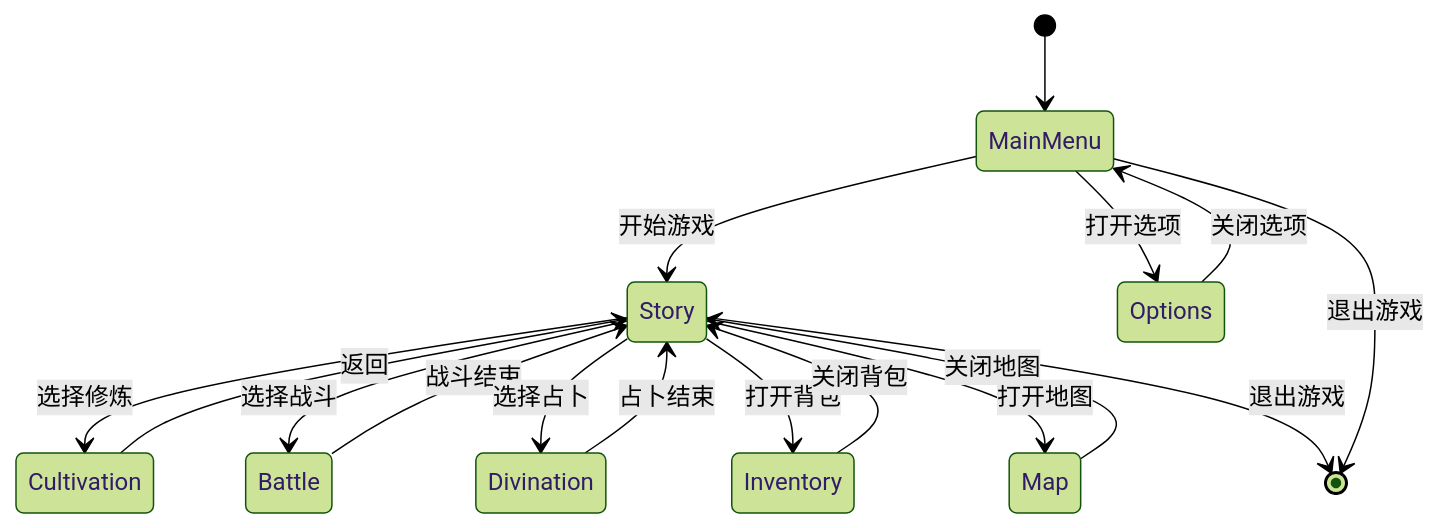
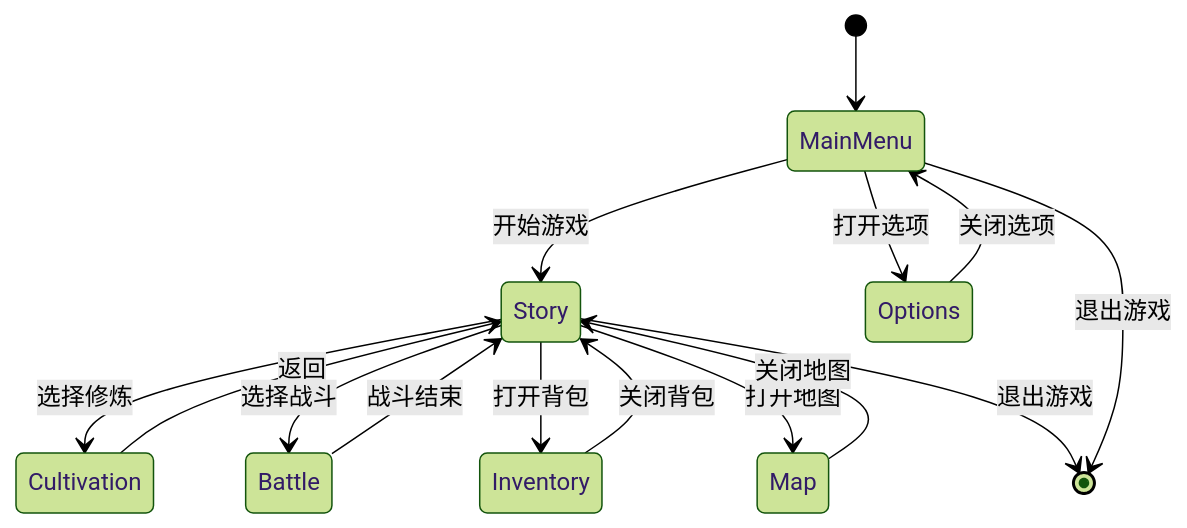
One commit to Trigger11/godot-game changed the fifth of 7 diagrams in 游戏流程图.md. Above: the diagram before and after it, drawn with Mermaid (forest theme). The commit also changed other lines of this file and 27 other files, not shown here.

````diff
--- a/游戏流程图.md
+++ b/游戏流程图.md
@@ -154,26 +113,23 @@
 ```mermaid
 stateDiagram-v2
     [*] --> MainMenu
     MainMenu --> Story: 开始游戏
     
     Story --> Cultivation: 选择修炼
     Cultivation --> Story: 返回
     
     Story --> Battle: 选择战斗
     Battle --> Story: 战斗结束
-    
-    Story --> Divination: 选择占卜
-    Divination --> Story: 占卜结束
     
     Story --> Inventory: 打开背包
     Inventory --> Story: 关闭背包
     
     Story --> Map: 打开地图
     Map --> Story: 关闭地图
     
     MainMenu --> Options: 打开选项
     Options --> MainMenu: 关闭选项
     
     Story --> [*]: 退出游戏
     MainMenu --> [*]: 退出游戏
 ```
````
